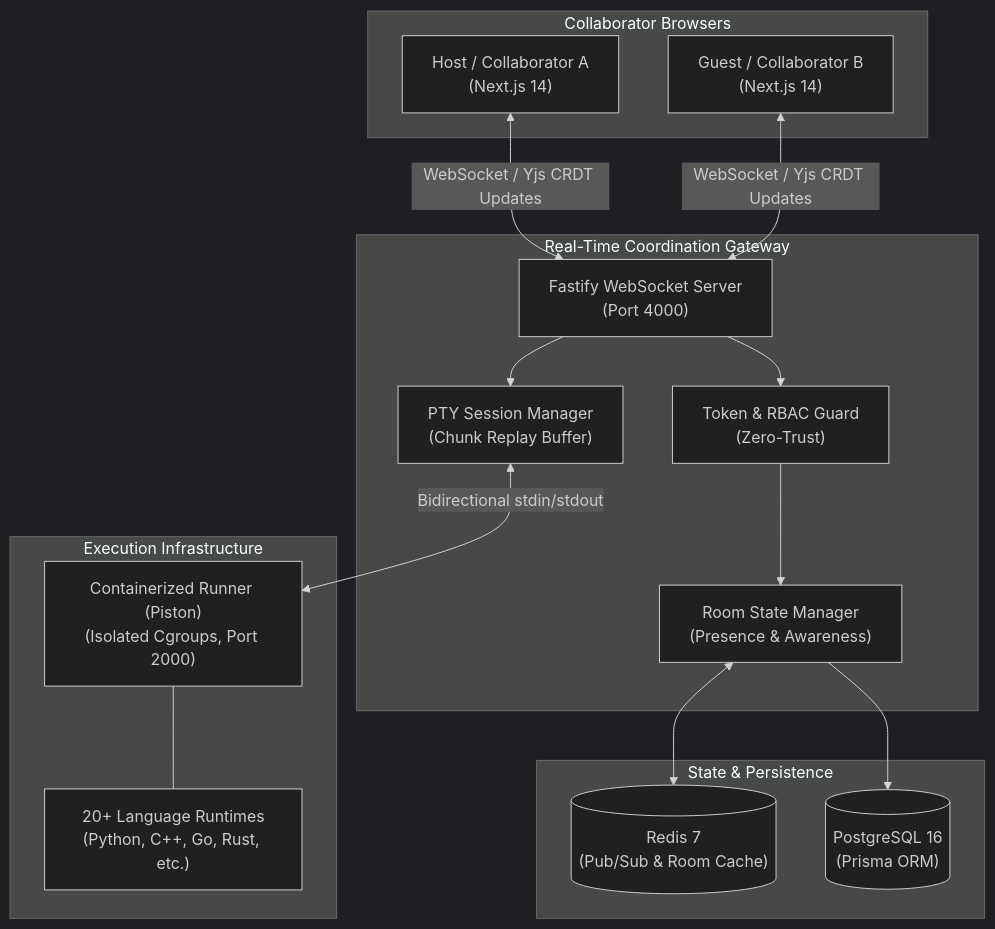
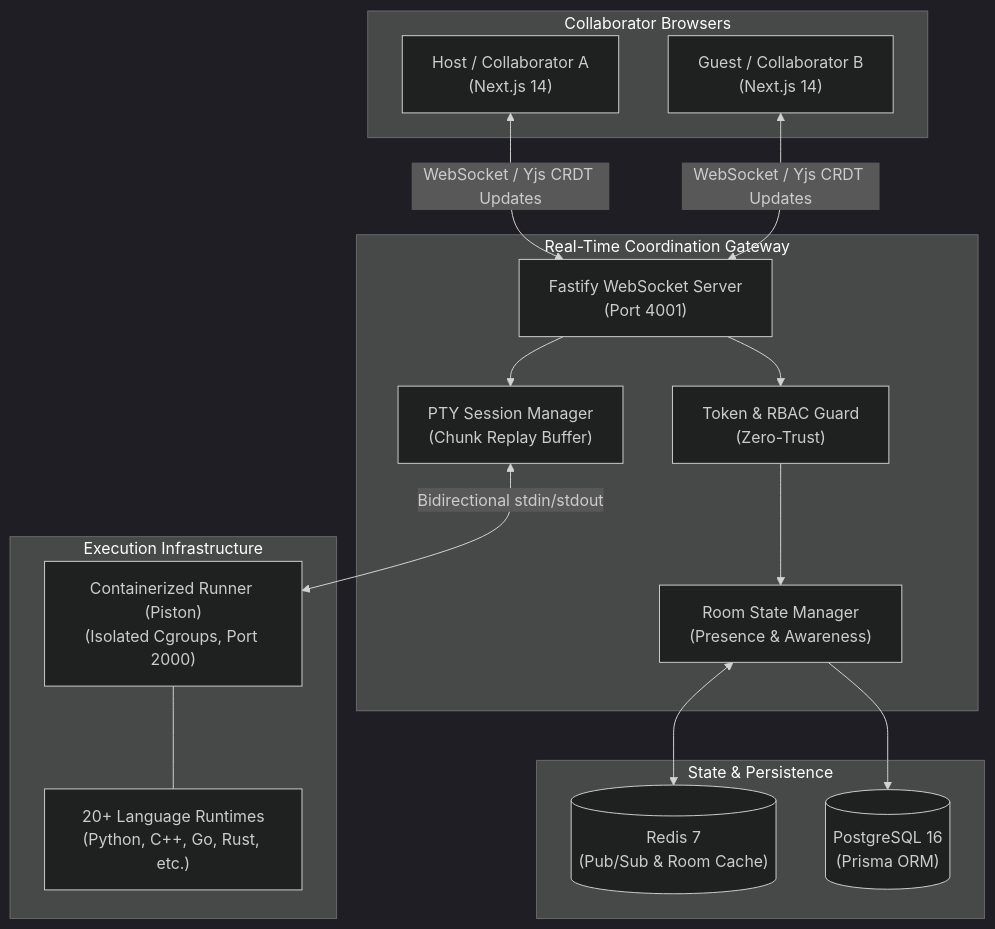
Before and after one commit to GechDev/pairly-ide: the diagram in README.md, drawn with Mermaid (dark theme). The commit also changed other lines of this file and 5 other files, not shown here.

````diff
--- a/README.md
+++ b/README.md
@@ -39,34 +39,34 @@
 ```mermaid
 flowchart TB
     subgraph Clients["Collaborator Browsers"]
         C1["Host / Collaborator A\n(Next.js 14)"]
         C2["Guest / Collaborator B\n(Next.js 14)"]
     end
 
     subgraph Edge["Real-Time Coordination Gateway"]
-        WS["Fastify WebSocket Server\n(Port 4000)"]
+        WS["Fastify WebSocket Server\n(Port 4001)"]
         AUTH["Token & RBAC Guard\n(Zero-Trust)"]
         ROOMS["Room State Manager\n(Presence & Awareness)"]
         PTY["PTY Session Manager\n(Chunk Replay Buffer)"]
     end
 
     subgraph State["State & Persistence"]
         REDIS[("Redis 7\n(Pub/Sub & Room Cache)")]
         PG[("PostgreSQL 16\n(Prisma ORM)")]
     end
 
     subgraph Sandbox["Execution Infrastructure"]
         PISTON["Containerized Runner (Piston)\n(Isolated Cgroups, Port 2000)"]
         RUNTIMES["20+ Language Runtimes\n(Python, C++, Go, Rust, etc.)"]
     end
 
     C1 <-->|"WebSocket / Yjs CRDT Updates"| WS
     C2 <-->|"WebSocket / Yjs CRDT Updates"| WS
     WS --> AUTH
     AUTH --> ROOMS
     ROOMS <--> REDIS
     ROOMS --> PG
     WS --> PTY
     PTY <-->|"Bidirectional stdin/stdout"| PISTON
     PISTON --- RUNTIMES
 ```
````
